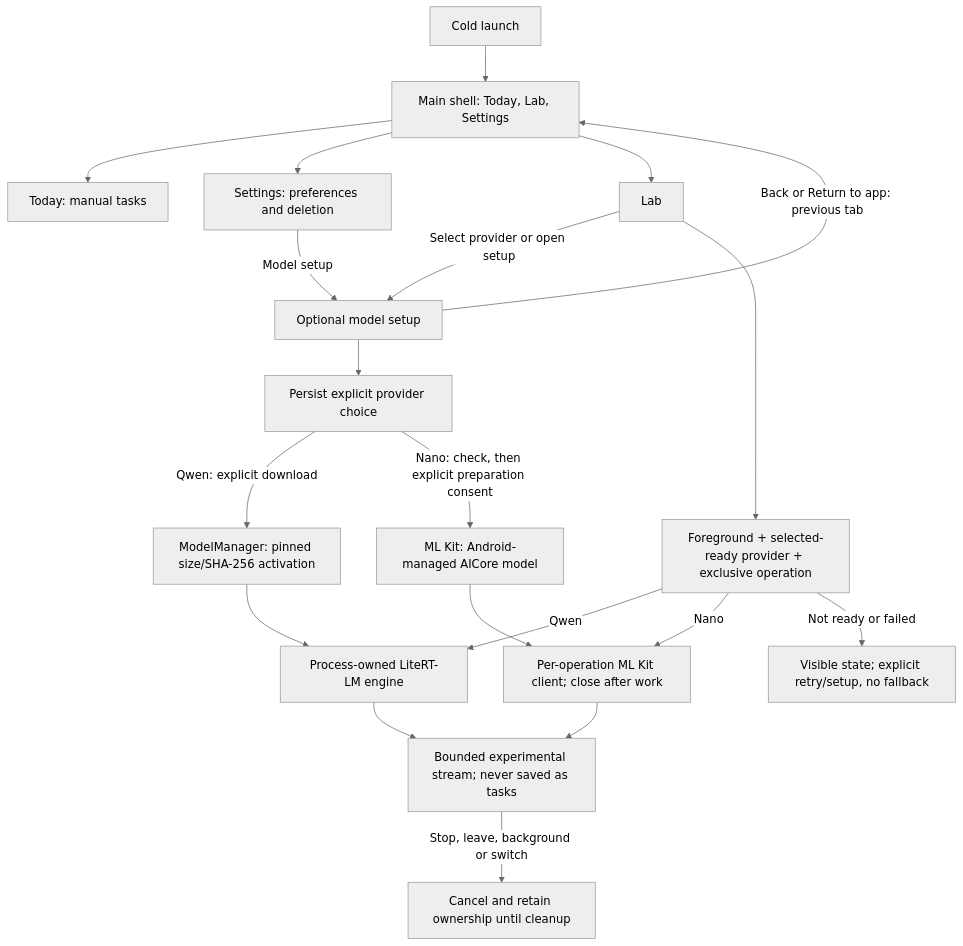
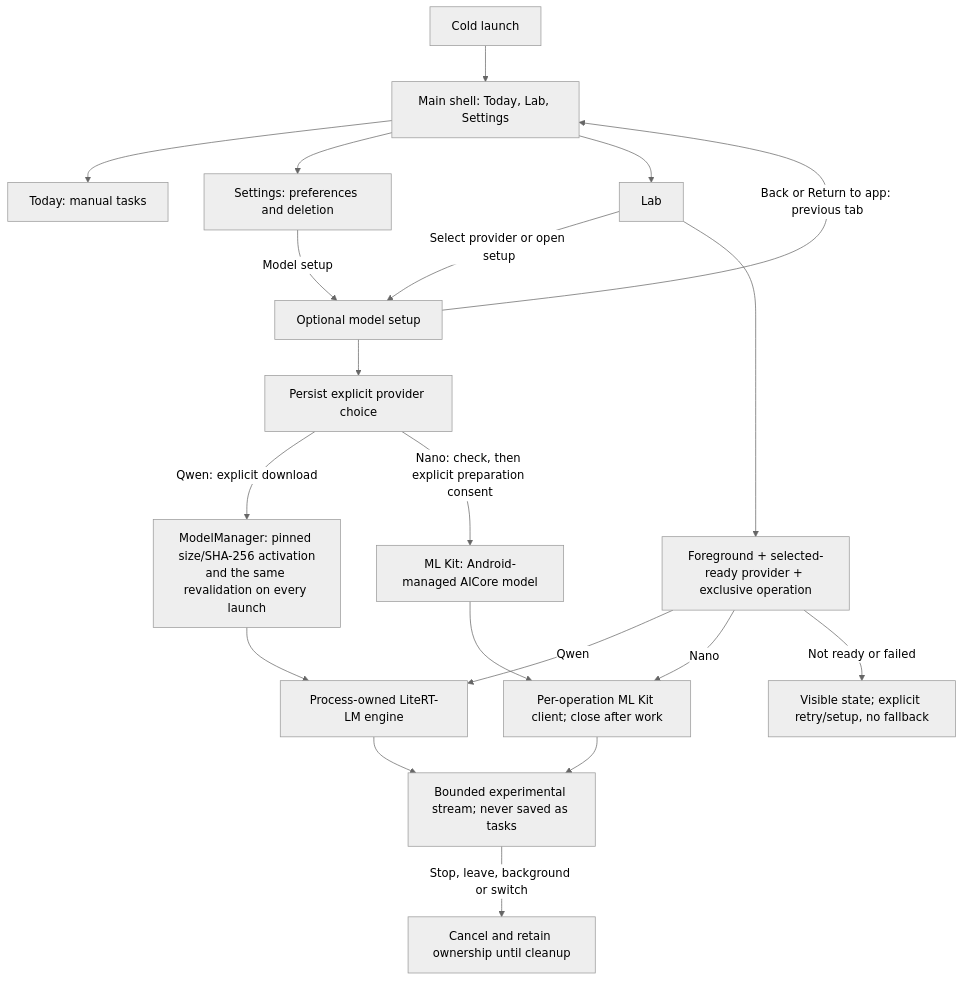
One commit to mcasillas17/Thwiply changed the second of 6 diagrams in README.md. Above: the diagram before and after it, drawn with Mermaid (neutral theme). The commit also changed other lines of this file and 26 other files, not shown here.

First line of the commit message:
feat: verify model integrity with explicit artifact states (FND-08) (#41)

````diff
--- a/README.md
+++ b/README.md
@@ -189,22 +246,22 @@
 ```mermaid
 flowchart TD
     launch["Cold launch"] --> shell["Main shell: Today, Lab, Settings"]
     shell --> today["Today: manual tasks"]
     shell --> settings["Settings: preferences and deletion"]
     shell --> lab["Lab"]
     settings -->|Model setup| setup["Optional model setup"]
     lab -->|Select provider or open setup| setup
     setup -->|Back or Return to app: previous tab| shell
     setup --> choice["Persist explicit provider choice"]
-    choice -->|Qwen: explicit download| qwen["ModelManager: pinned size/SHA-256 activation"]
+    choice -->|Qwen: explicit download| qwen["ModelManager: pinned size/SHA-256 activation<br/>and the same revalidation on every launch"]
     choice -->|Nano: check, then explicit preparation consent| nano["ML Kit: Android-managed AICore model"]
     lab --> gate["Foreground + selected-ready provider + exclusive operation"]
     gate -->|Qwen| engine["Process-owned LiteRT-LM engine"]
     gate -->|Nano| sdk["Per-operation ML Kit client; close after work"]
     qwen --> engine
     nano --> sdk
     engine --> output["Bounded experimental stream; never saved as tasks"]
     sdk --> output
     gate -->|Not ready or failed| gated["Visible state; explicit retry/setup, no fallback"]
     output -->|Stop, leave, background or switch| cleanup["Cancel and retain ownership until cleanup"]
 ```
````
